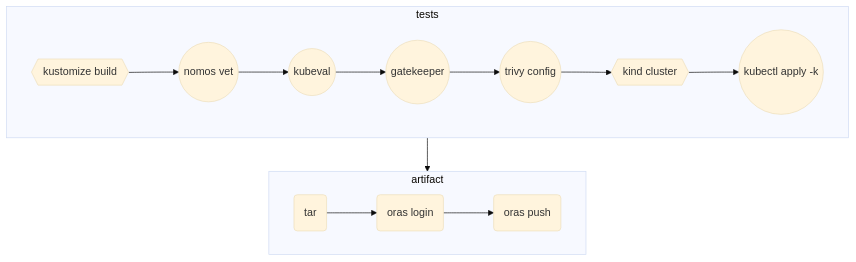
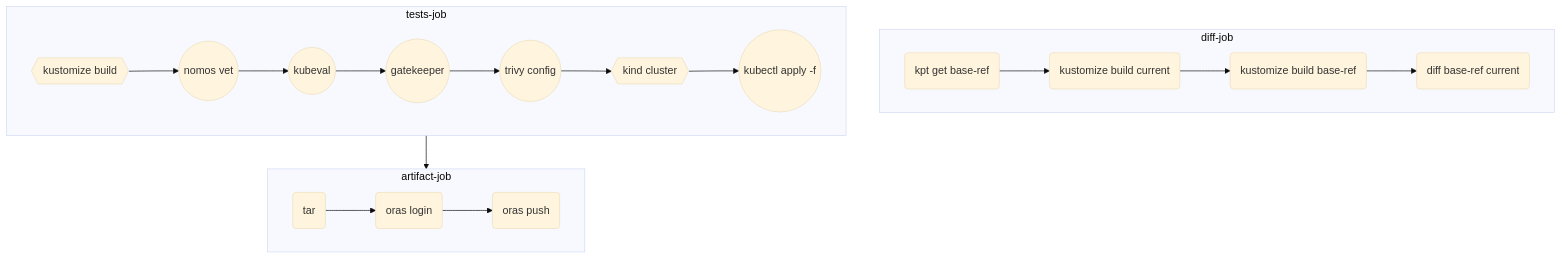
The second of 2 diagrams in README.md (mathieu-benoit/ci-with-helm), drawn with Mermaid (base theme) before and after one commit. The commit also changed other lines of this file, not shown here.

Commit message:
add diff-job in graph

````diff
--- a/README.md
+++ b/README.md
@@ -46,16 +57,21 @@
 ```mermaid
 flowchart TB
-    subgraph tests
+    subgraph diff-job
+    get(kpt get base-ref) --> build1(kustomize build current)
+    build1 --> build2(kustomize build base-ref)
+    build2 --> diff(diff base-ref current)
+    end
+    subgraph tests-job
     hydrate{{kustomize build}} --> vet((nomos vet))
     vet --> kubeval((kubeval))
     kubeval --> gatekeeper((gatekeeper))
     gatekeeper --> trivy((trivy config))
     trivy --> kind{{kind cluster}}
-    kind --> deploy((kubectl apply -k))
+    kind --> deploy((kubectl apply -f))
     end
-    subgraph artifact
+    subgraph artifact-job
     package(tar) --> login(oras login)
     login --> push(oras push)
     end
-    tests --> artifact
+    tests-job --> artifact-job
 ```
````
